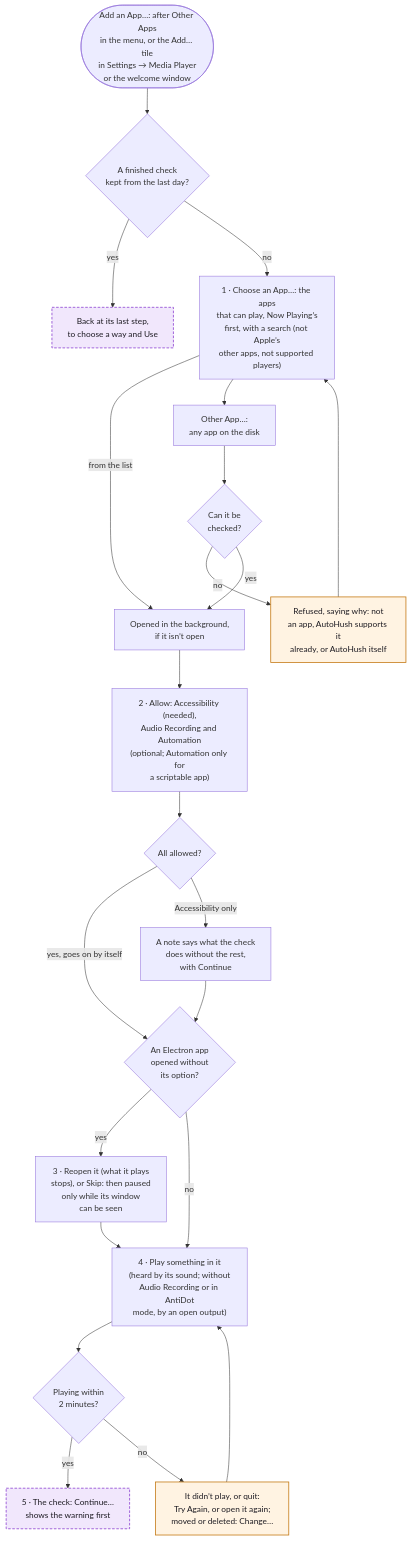
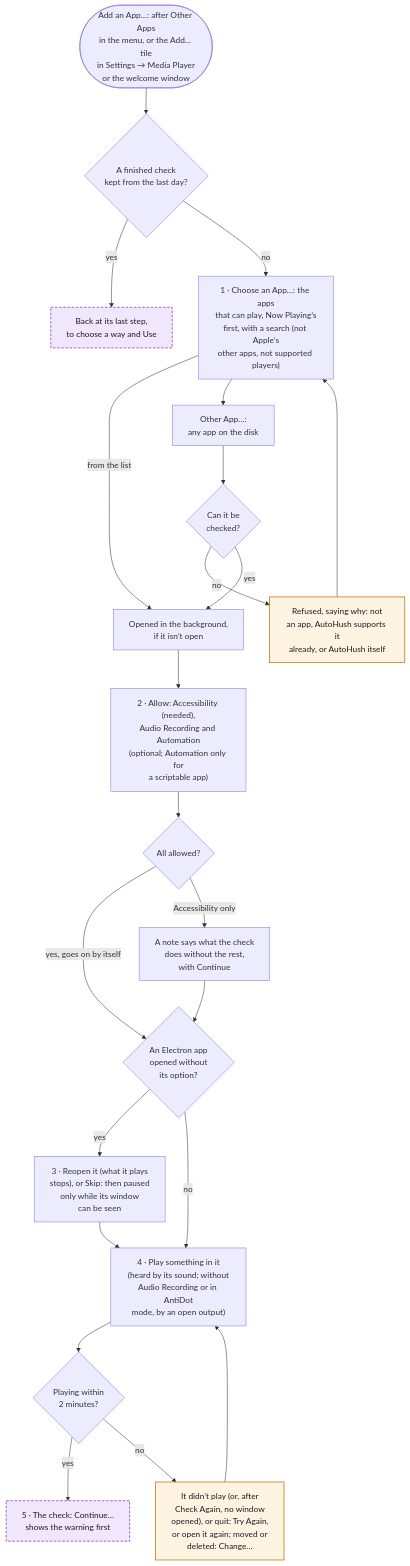
Before and after one commit to hfustercabre/AutoHush: the ninth of 14 diagrams in WORKFLOWS.md, drawn with Mermaid. The commit also changed other lines of this file and 10 other files, not shown here.

````diff
--- a/WORKFLOWS.md
+++ b/WORKFLOWS.md
@@ -496,41 +496,41 @@
 ```mermaid
 flowchart TD
   ST(["Add an App…: after Other Apps<br/>in the menu, or the Add… tile<br/>in Settings → Media Player<br/>or the welcome window"])
   KEPT{"A finished check<br/>kept from the last day?"}
   RES["Back at its last step,<br/>to choose a way and Use"]
   CHO["1 · Choose an App…: the apps<br/>that can play, Now Playing’s<br/>first, with a search (not Apple’s<br/>other apps, not supported players)"]
   OTH["Other App…:<br/>any app on the disk"]
   OK{"Can it be<br/>checked?"}
   NO["Refused, saying why: not<br/>an app, AutoHush supports it<br/>already, or AutoHush itself"]
   OPEN["Opened in the background,<br/>if it isn’t open"]
   ALW["2 · Allow: Accessibility (needed),<br/>Audio Recording and Automation<br/>(optional; Automation only for<br/>a scriptable app)"]
   ALL{"All allowed?"}
   WARN["A note says what the check<br/>does without the rest,<br/>with Continue"]
   NEED{"An Electron app<br/>opened without<br/>its option?"}
   REO["3 · Reopen it (what it plays<br/>stops), or Skip: then paused<br/>only while its window<br/>can be seen"]
   PLAY["4 · Play something in it<br/>(heard by its sound; without<br/>Audio Recording or in AntiDot<br/>mode, by an open output)"]
   PL{"Playing within<br/>2 minutes?"}
-  NOPL["It didn’t play, or quit:<br/>Try Again, or open it again;<br/>moved or deleted: Change…"]
+  NOPL["It didn’t play (or, after<br/>Check Again, no window<br/>opened), or quit: Try Again,<br/>or open it again; moved or<br/>deleted: Change…"]
   CHK["5 · The check: Continue…<br/>shows the warning first"]
 
   ST --> KEPT
   KEPT -->|"yes"| RES
   KEPT -->|"no"| CHO
   CHO -->|"from the list"| OPEN
   CHO --> OTH --> OK
   OK -->|"no"| NO --> CHO
   OK -->|"yes"| OPEN
   OPEN --> ALW --> ALL
   ALL -->|"yes, goes on by itself"| NEED
   ALL -->|"Accessibility only"| WARN --> NEED
   NEED -->|"yes"| REO --> PLAY
   NEED -->|"no"| PLAY
   PLAY --> PL
   PL -->|"yes"| CHK
   PL -->|"no"| NOPL --> PLAY
 
   class CHK,RES ref
   class NO,NOPL warn
   classDef ref fill:#f1e7fc,stroke:#8a3fd1,stroke-width:1.5px,stroke-dasharray: 5 3,color:#1d1b22
   classDef warn fill:#fff3e2,stroke:#c47812,stroke-width:1.5px,color:#1d1b22
 ```
````
